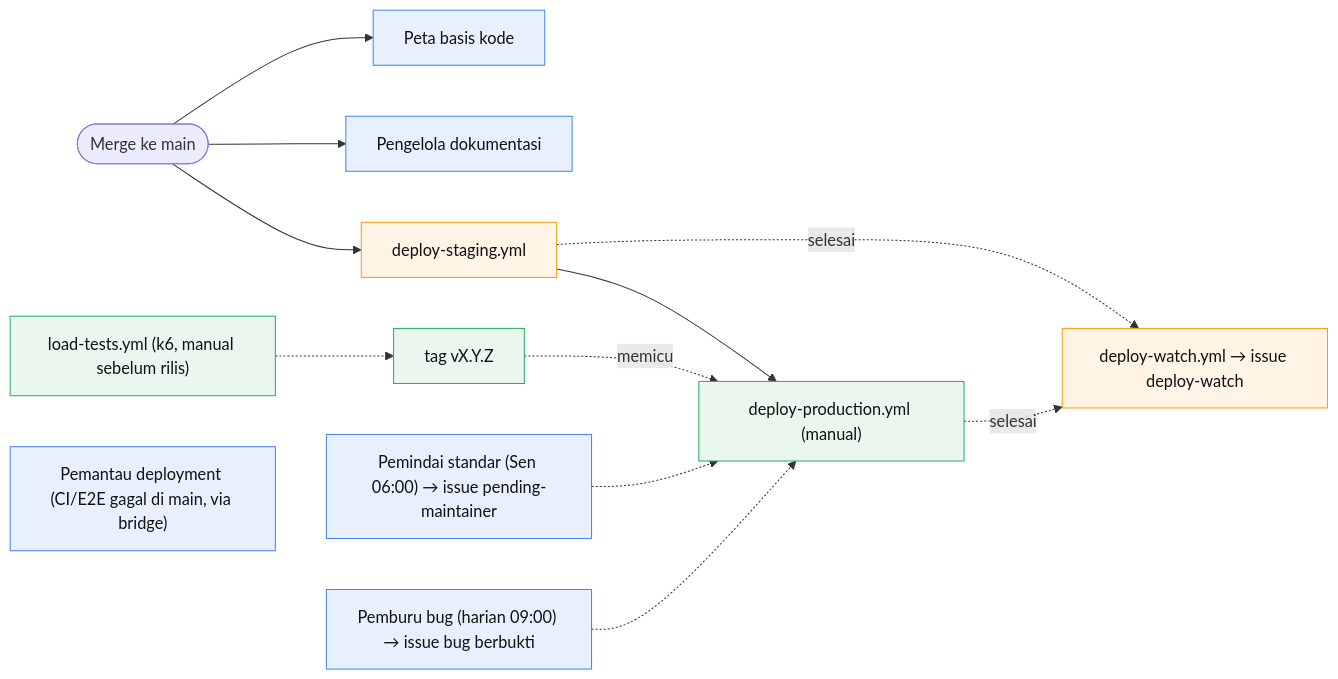
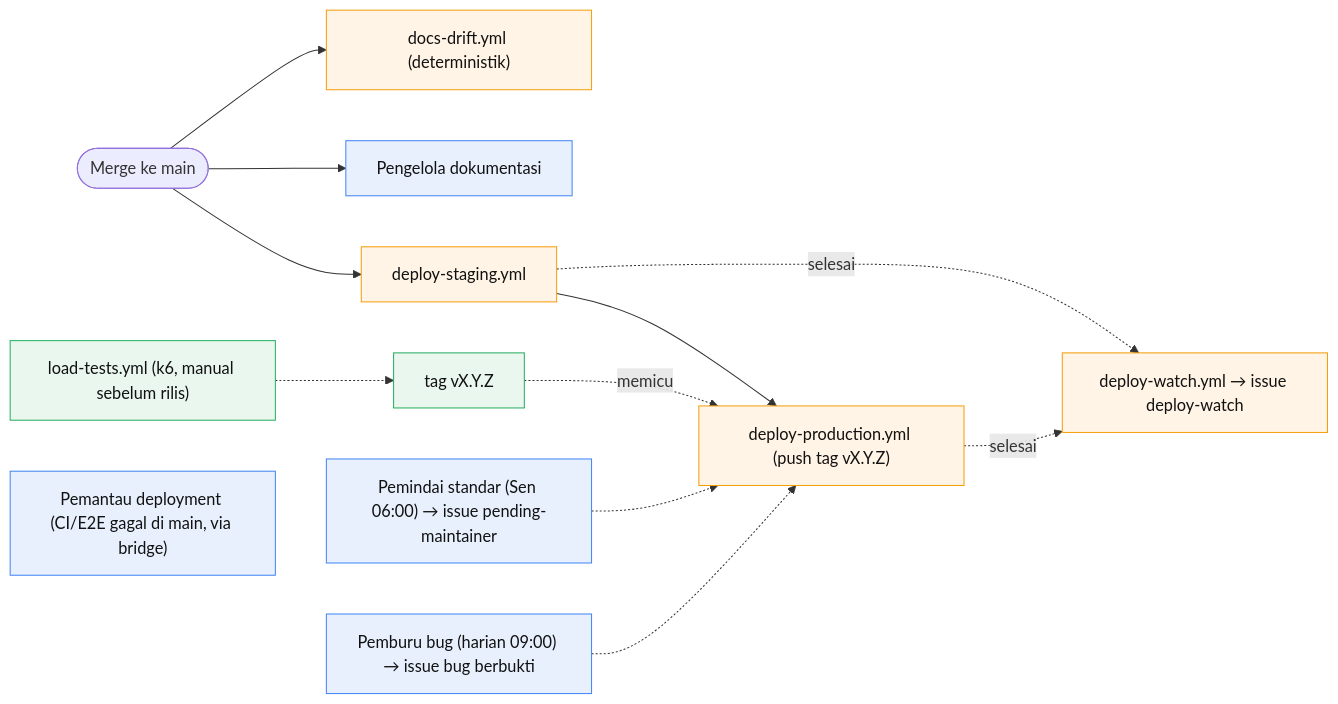
Before and after one commit to cipansor/cipansor: the fifth of 6 diagrams in docs/SDLC-FLOW.md, drawn with Mermaid. The commit also changed other lines of this file and 3 other files, not shown here.

````diff
--- a/docs/SDLC-FLOW.md
+++ b/docs/SDLC-FLOW.md
@@ -597,19 +599,19 @@
 ```mermaid
 flowchart LR
   classDef cloud fill:#e8f0fe,stroke:#4285f4,color:#111;
   classDef gh fill:#fff4e5,stroke:#f59e0b,color:#111;
   classDef human fill:#e9f7ef,stroke:#27ae60,color:#111;
 
-  MG([Merge ke main]) --> C3["Peta basis kode"]:::cloud
+  MG([Merge ke main]) --> C3["docs-drift.yml (deterministik)"]:::gh
   MG --> C14["Pengelola dokumentasi"]:::cloud
   MG --> STG["deploy-staging.yml"]:::gh
-  STG --> PROD["deploy-production.yml (manual)"]:::human
+  STG --> PROD["deploy-production.yml (push tag vX.Y.Z)"]:::gh
 
   STG -. selesai .-> DW["deploy-watch.yml → issue deploy-watch"]:::gh
   PROD -. selesai .-> DW
   LT["load-tests.yml (k6, manual sebelum rilis)"]:::human -.-> TAGV["tag vX.Y.Z"]:::human
   C12["Pemantau deployment (CI/E2E gagal di main, via bridge)"]:::cloud
   TAGV -. "memicu" .-> PROD
   C20["Pemindai standar (Sen 06:00) → issue pending-maintainer"]:::cloud -.-> PROD
   C19["Pemburu bug (harian 09:00) → issue bug berbukti"]:::cloud -.-> PROD
 ```
````
